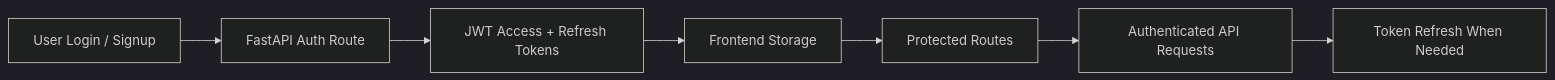
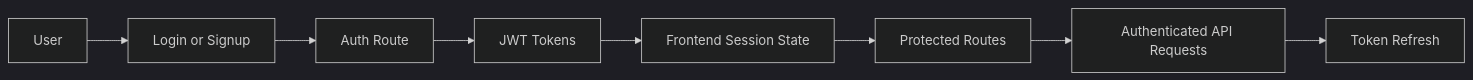
The third of 3 diagrams in README.md (AbuVakar/PyMastery), drawn with Mermaid (dark theme) before and after one commit. The commit also changed other lines of this file, not shown here.

Commit message:
Simplify Mermaid diagrams and add fallback text

````diff
--- a/README.md
+++ b/README.md
@@ -121,9 +134,19 @@
 ```mermaid
-flowchart LR
-    A["User Login / Signup"] --> B["FastAPI Auth Route"]
-    B --> C["JWT Access + Refresh Tokens"]
-    C --> D["Frontend Storage"]
-    D --> E["Protected Routes"]
-    E --> F["Authenticated API Requests"]
-    F --> G["Token Refresh When Needed"]
+graph LR
+    U[User]
+    LOGIN[Login or Signup]
+    AUTH[Auth Route]
+    TOKEN[JWT Tokens]
+    STORE[Frontend Session State]
+    PROTECTED[Protected Routes]
+    APIREQ[Authenticated API Requests]
+    REFRESH[Token Refresh]
+
+    U --> LOGIN
+    LOGIN --> AUTH
+    AUTH --> TOKEN
+    TOKEN --> STORE
+    STORE --> PROTECTED
+    PROTECTED --> APIREQ
+    APIREQ --> REFRESH
 ```
````
